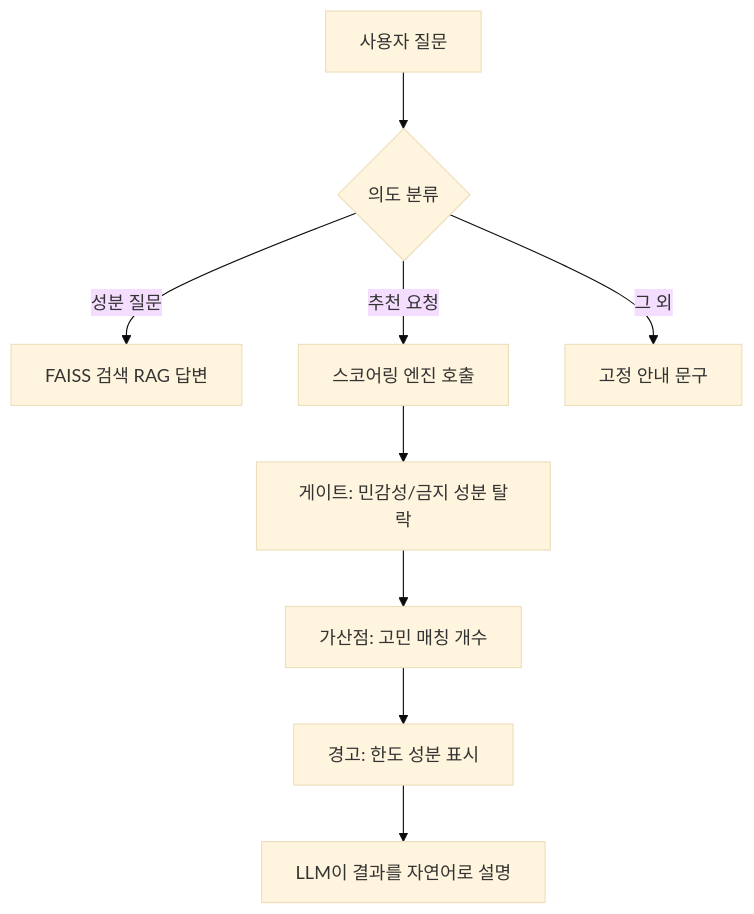
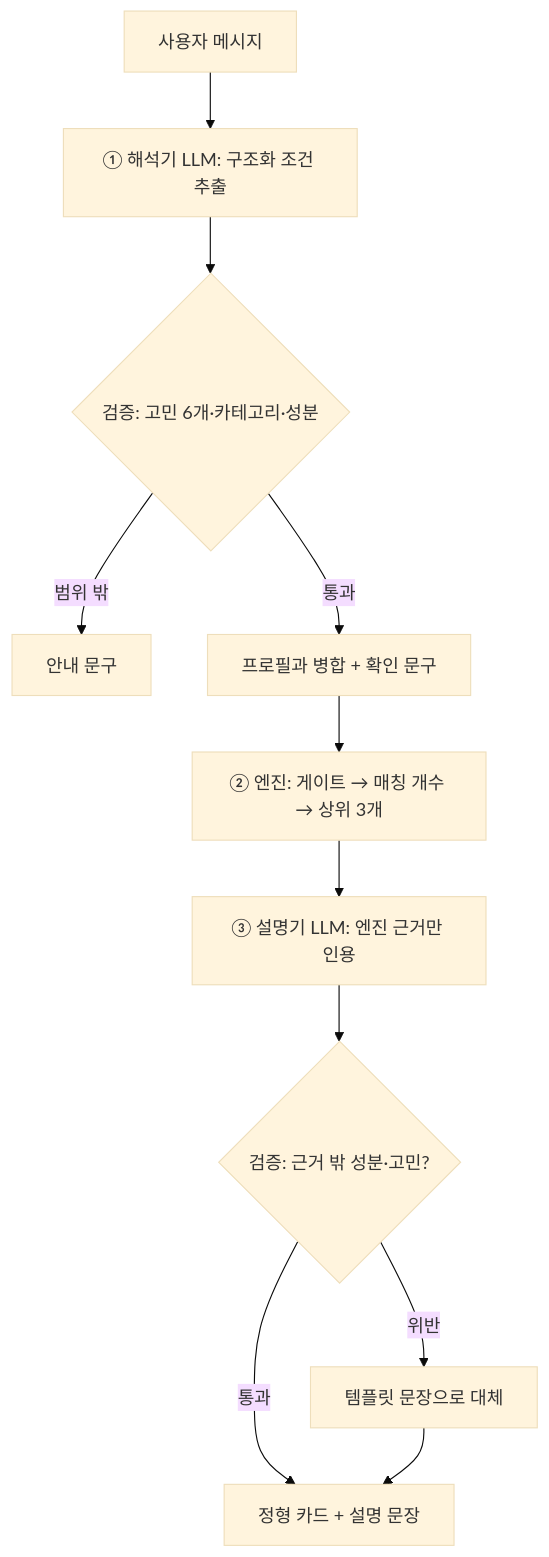
One commit to changlike/ChaeInG_project changed the second of 2 diagrams in docs/user-flow.md. Above: the diagram before and after it, drawn with Mermaid (base theme). The commit also changed other lines of this file and 9 other files, not shown here.

````diff
--- a/docs/user-flow.md
+++ b/docs/user-flow.md
@@ -35,11 +35,13 @@
 ```mermaid
 flowchart TD
-    Q[사용자 질문] --> R{의도 분류}
-    R -->|성분 질문| S[FAISS 검색 RAG 답변]
-    R -->|추천 요청| T[스코어링 엔진 호출]
-    T --> U[게이트: 민감성/금지 성분 탈락]
-    U --> V[가산점: 고민 매칭 개수]
-    V --> W[경고: 한도 성분 표시]
-    W --> X[LLM이 결과를 자연어로 설명]
-    R -->|그 외| Y[고정 안내 문구]
+    Q[사용자 메시지] --> I[① 해석기 LLM: 구조화 조건 추출]
+    I --> V1{검증: 고민 6개·카테고리·성분}
+    V1 -->|범위 밖| Y[안내 문구]
+    V1 -->|통과| M[프로필과 병합 + 확인 문구]
+    M --> E[② 엔진: 게이트 → 매칭 개수 → 상위 3개]
+    E --> X[③ 설명기 LLM: 엔진 근거만 인용]
+    X --> V2{검증: 근거 밖 성분·고민?}
+    V2 -->|위반| T[템플릿 문장으로 대체]
+    V2 -->|통과| R[정형 카드 + 설명 문장]
+    T --> R
 ```
````
